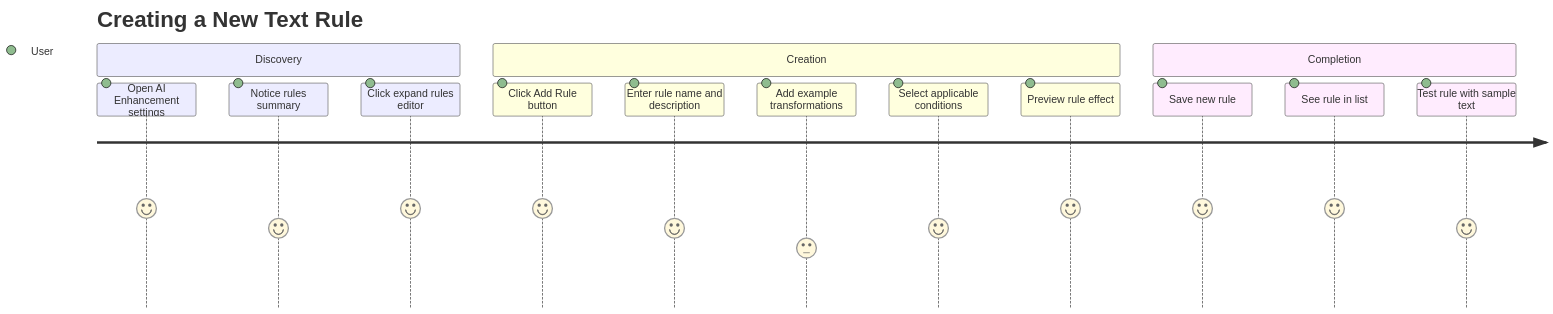
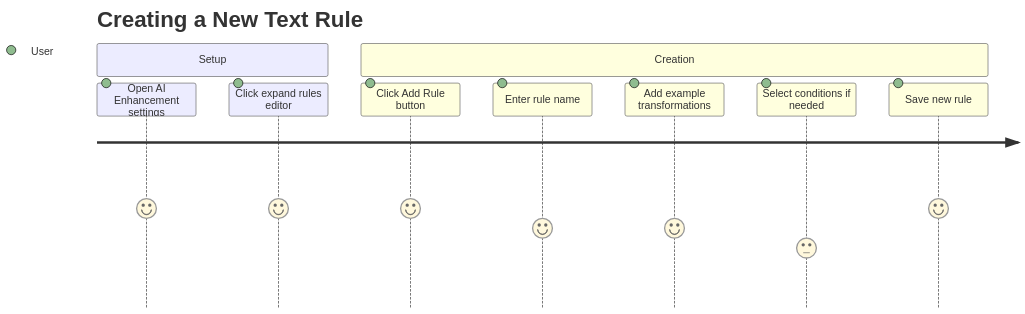
One commit to Explosion-Scratch/whisper-mac changed diagram 11 of 14 in .qoder/quests/rules-editor.md. Above: the diagram before and after it, drawn with Mermaid. The commit also changed other lines of this file and 3 other files, not shown here.

````diff
--- a/.qoder/quests/rules-editor.md
+++ b/.qoder/quests/rules-editor.md
@@ -441,18 +349,13 @@
 ```mermaid
 journey
     title Creating a New Text Rule
-    section Discovery
+    section Setup
       Open AI Enhancement settings: 5: User
-      Notice rules summary: 4: User
       Click expand rules editor: 5: User
     section Creation
       Click Add Rule button: 5: User
-      Enter rule name and description: 4: User
-      Add example transformations: 3: User
-      Select applicable conditions: 4: User
-      Preview rule effect: 5: User
-    section Completion
+      Enter rule name: 4: User
+      Add example transformations: 4: User
+      Select conditions if needed: 3: User
       Save new rule: 5: User
-      See rule in list: 5: User
-      Test rule with sample text: 4: User
 ```
````
